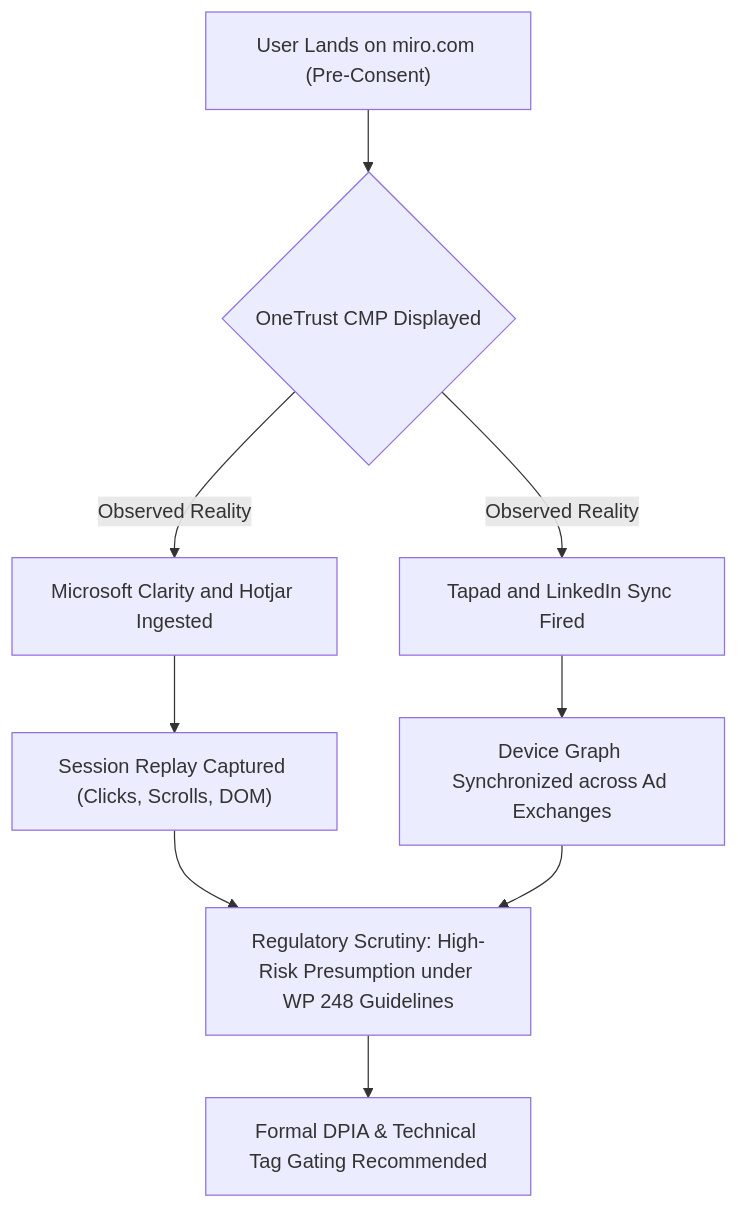
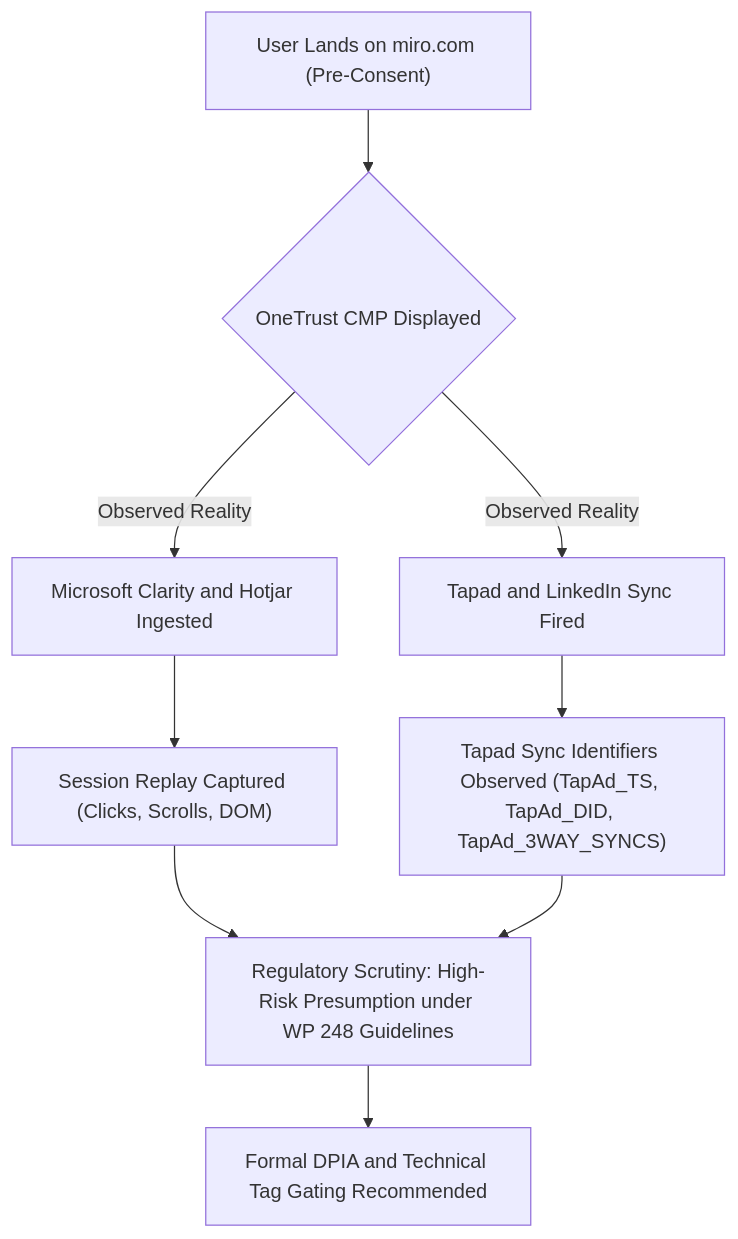
One commit to tbinitial-cyber/Privacy-Engineering-GRC-Platform changed the diagram in 06_STEP6_DPIA_SCREENING_NOTE/DPIA_SCREENING_NOTE.md. Above: the diagram before and after it, drawn with Mermaid. The commit also changed other lines of this file and 3 other files, not shown here.

````diff
--- a/06_STEP6_DPIA_SCREENING_NOTE/DPIA_SCREENING_NOTE.md
+++ b/06_STEP6_DPIA_SCREENING_NOTE/DPIA_SCREENING_NOTE.md
@@ -55,11 +55,11 @@
 ```mermaid
 flowchart TD
     A["User Lands on miro.com (Pre-Consent)"] --> B{"OneTrust CMP Displayed"}
     B -->|Observed Reality| C["Microsoft Clarity and Hotjar Ingested"]
     B -->|Observed Reality| D["Tapad and LinkedIn Sync Fired"]
     C --> E["Session Replay Captured (Clicks, Scrolls, DOM)"]
-    D --> F["Device Graph Synchronized across Ad Exchanges"]
+    D --> F["Tapad Sync Identifiers Observed (TapAd_TS, TapAd_DID, TapAd_3WAY_SYNCS)"]
     E --> G["Regulatory Scrutiny: High-Risk Presumption under WP 248 Guidelines"]
     F --> G
-    G --> H["Formal DPIA & Technical Tag Gating Recommended"]
+    G --> H["Formal DPIA and Technical Tag Gating Recommended"]
 ```
````
